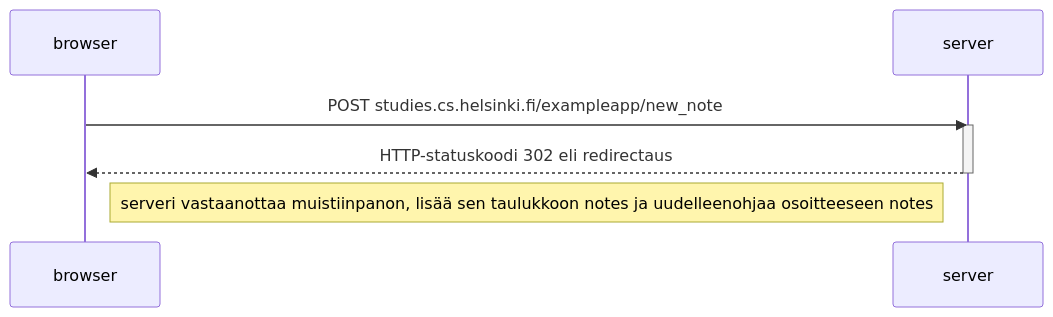
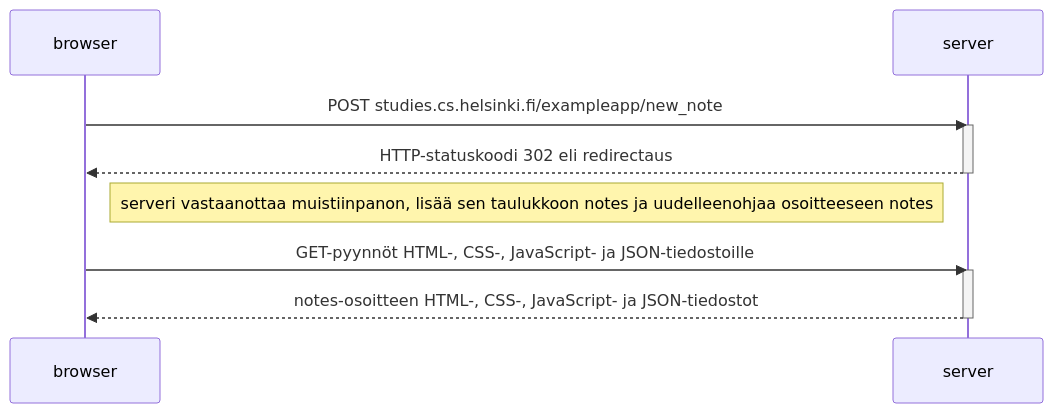
The diagram in osa0/osa0.4.md (JoonasTMS86/fullstackopen_JoonasLindberg), drawn with Mermaid before and after one commit.

````diff
--- a/osa0/osa0.4.md
+++ b/osa0/osa0.4.md
@@ -1,12 +1,17 @@
 ```mermaid
 sequenceDiagram
     participant browser
     participant server
     
     browser->>server: POST studies.cs.helsinki.fi/exampleapp/new_note
     activate server
     server-->>browser: HTTP-statuskoodi 302 eli redirectaus
     deactivate server
     
     Note right of browser: serveri vastaanottaa muistiinpanon, lisää sen taulukkoon notes ja uudelleenohjaa osoitteeseen notes
+
+    browser->>server: GET-pyynnöt HTML-, CSS-, JavaScript- ja JSON-tiedostoille
+    activate server
+    server-->>browser: notes-osoitteen HTML-, CSS-, JavaScript- ja JSON-tiedostot
+    deactivate server
 ```
````
